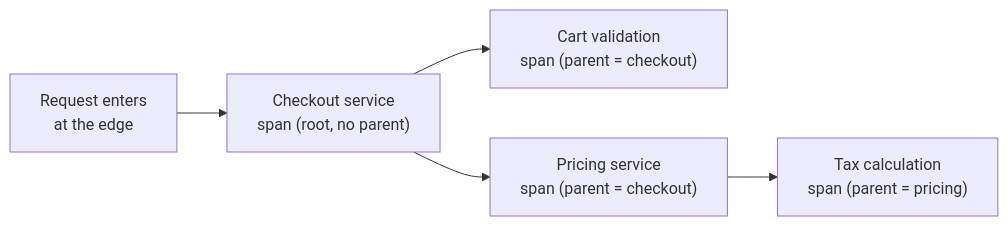
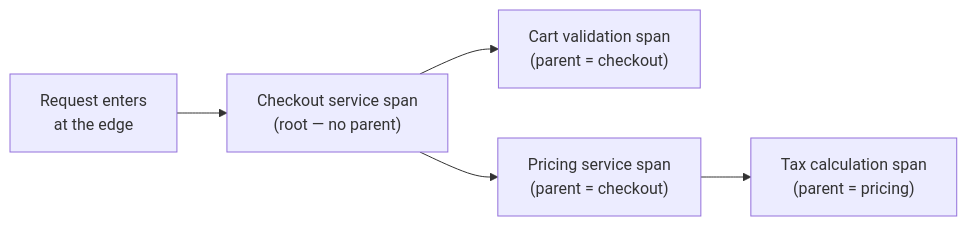
One commit to riyaz-pasha/Learnings changed the second of 15 diagrams in system-design/HLD/0-course/57-Design-a-Distributed-Tracing-System-FAANG-Guide-story.md. Above: the diagram before and after it, drawn with Mermaid. The commit also changed other lines of this file and 1 other file, not shown here.

Commit message:
[REWRITE] Distributed Tracing System story guide: simplify prose, add structure, fix diagrams

````diff
--- a/system-design/HLD/0-course/57-Design-a-Distributed-Tracing-System-FAANG-Guide-story.md
+++ b/system-design/HLD/0-course/57-Design-a-Distributed-Tracing-System-FAANG-Guide-story.md
@@ -41,7 +128,7 @@
 ```mermaid
 flowchart LR
-    Client["Request enters\nat the edge"] --> S1["Checkout service\nspan (root, no parent)"]
-    S1 --> S2["Cart validation\nspan (parent = checkout)"]
-    S1 --> S3["Pricing service\nspan (parent = checkout)"]
-    S3 --> S4["Tax calculation\nspan (parent = pricing)"]
+    Client["Request enters<br/>at the edge"] --> S1["Checkout service span<br/>(root — no parent)"]
+    S1 --> S2["Cart validation span<br/>(parent = checkout)"]
+    S1 --> S3["Pricing service span<br/>(parent = checkout)"]
+    S3 --> S4["Tax calculation span<br/>(parent = pricing)"]
 ```
````
